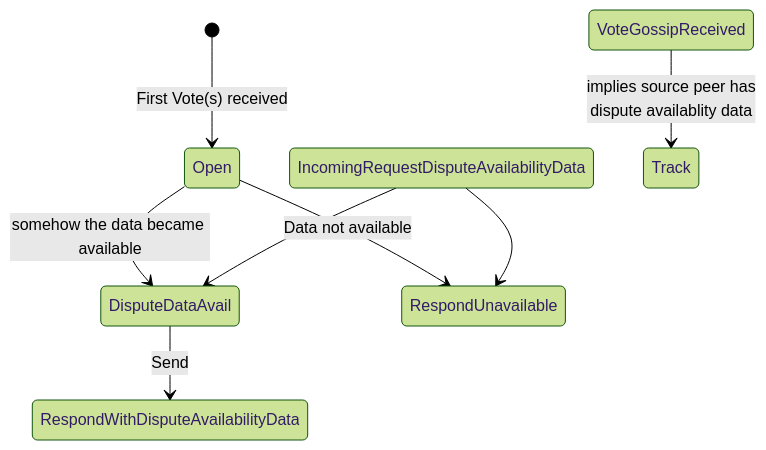
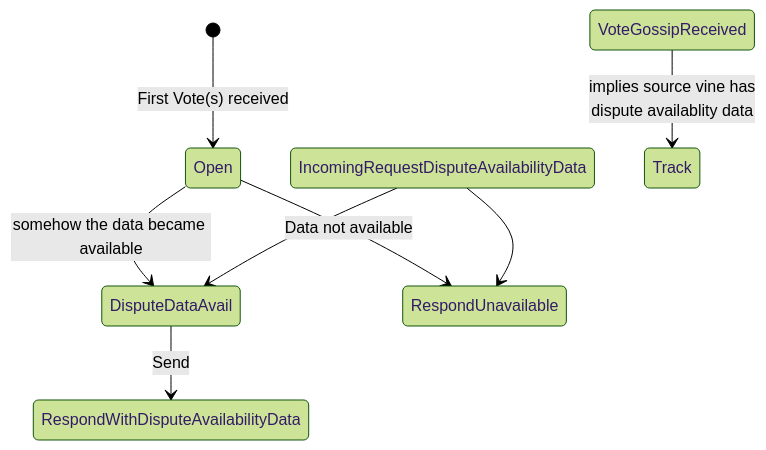
The third of 4 diagrams in roadmap/implementers-guide/src/disputes-flow.md (karanvir12/vine), drawn with Mermaid (forest theme) before and after one commit. The commit also changed other lines of this file and 748 other files, not shown here.

````diff
--- a/roadmap/implementers-guide/src/disputes-flow.md
+++ b/roadmap/implementers-guide/src/disputes-flow.md
@@ -48,10 +48,10 @@
 ```mermaid
 stateDiagram-v2
     [*] --> Open: First Vote(s) received
     Open --> DisputeDataAvail: somehow the data became available
     Open --> RespondUnavailable: Data not available
     IncomingRequestDisputeAvailabilityData --> RespondUnavailable
     IncomingRequestDisputeAvailabilityData --> DisputeDataAvail
     DisputeDataAvail --> RespondWithDisputeAvailabilityData: Send
-    VoteGossipReceived --> Track: implies source peer has<br />dispute availablity data
+    VoteGossipReceived --> Track: implies source vine has<br />dispute availablity data
 ```
````
